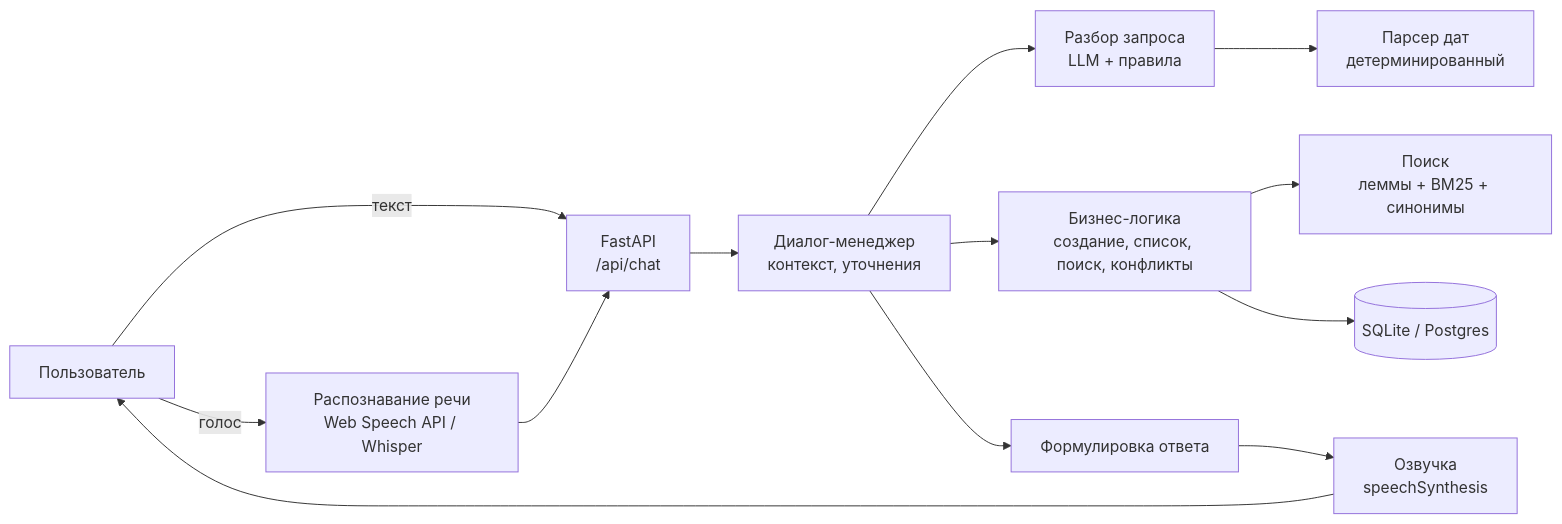
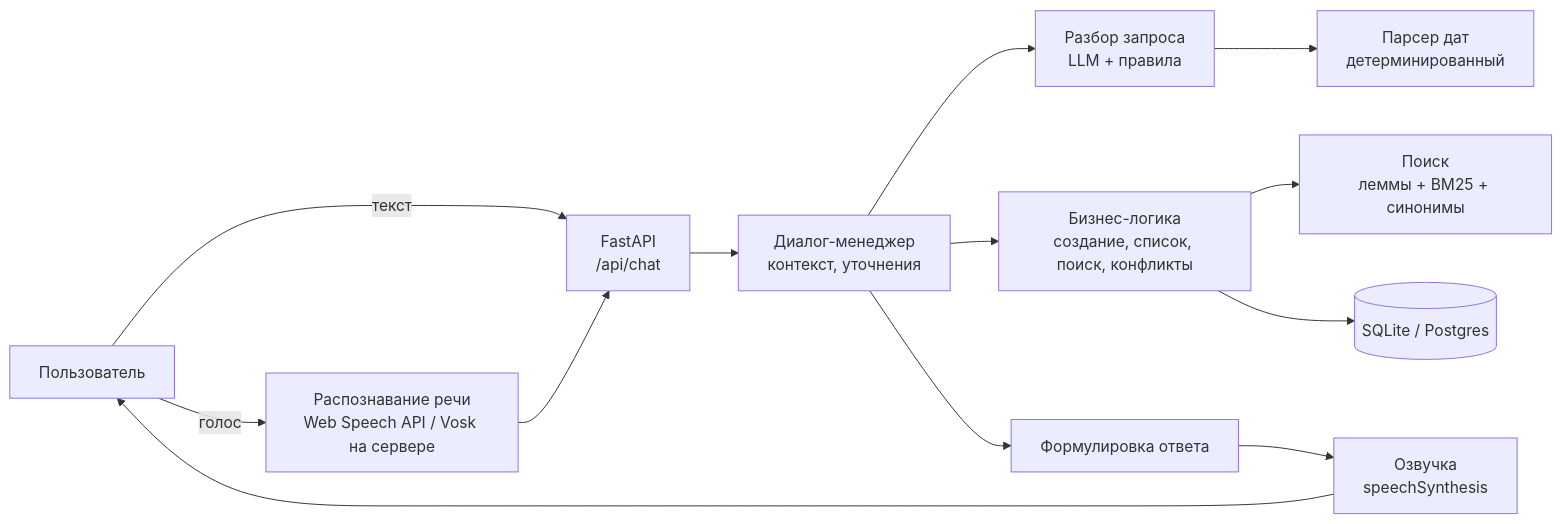
One commit to Allorin/voice-assistant changed the diagram in README.md. Above: the diagram before and after it, drawn with Mermaid. The commit also changed other lines of this file and 19 other files, not shown here.

````diff
--- a/README.md
+++ b/README.md
@@ -194,15 +208,15 @@
 ```mermaid
 flowchart LR
-    U[Пользователь] -- голос --> STT[Распознавание речи<br/>Web Speech API / Whisper]
+    U[Пользователь] -- голос --> STT[Распознавание речи<br/>Web Speech API / Vosk на сервере]
     U -- текст --> API
     STT --> API[FastAPI<br/>/api/chat]
     API --> DM[Диалог-менеджер<br/>контекст, уточнения]
     DM --> NLU[Разбор запроса<br/>LLM + правила]
     NLU --> TP[Парсер дат<br/>детерминированный]
     DM --> SVC[Бизнес-логика<br/>создание, список, поиск, конфликты]
     SVC --> SRCH[Поиск<br/>леммы + BM25 + синонимы]
     SVC --> DB[(SQLite / Postgres)]
     DM --> RESP[Формулировка ответа]
     RESP --> TTS[Озвучка<br/>speechSynthesis]
     TTS --> U
 ```
````
